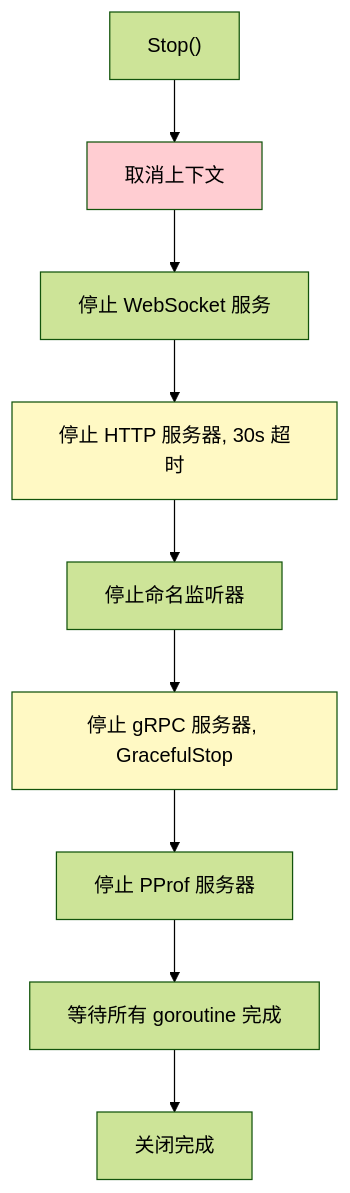
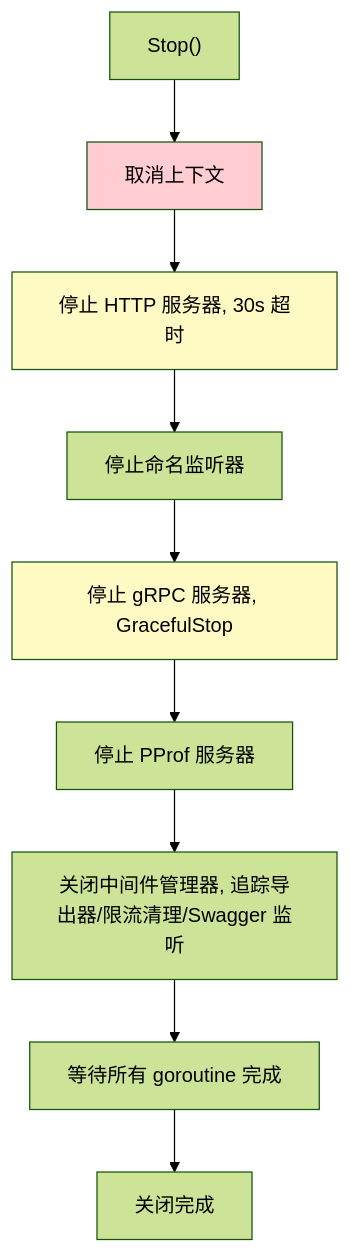
Before and after one commit to kamalyes/go-rpc-gateway: the second of 4 diagrams in docs/SERVER.md, drawn with Mermaid (forest theme). The commit also changed other lines of this file and 17 other files, not shown here.

````diff
--- a/docs/SERVER.md
+++ b/docs/SERVER.md
@@ -351,15 +348,15 @@
 ```mermaid
 flowchart TD
     STOP["Stop()"] --> CANCEL["取消上下文"]
-    CANCEL --> STOP_WS["停止 WebSocket 服务"]
-    STOP_WS --> STOP_HTTP["停止 HTTP 服务器, 30s 超时"]
+    CANCEL --> STOP_HTTP["停止 HTTP 服务器, 30s 超时"]
     STOP_HTTP --> STOP_NL["停止命名监听器"]
     STOP_NL --> STOP_GRPC["停止 gRPC 服务器, GracefulStop"]
     STOP_GRPC --> STOP_PPROF["停止 PProf 服务器"]
-    STOP_PPROF --> WAIT_WG["等待所有 goroutine 完成"]
+    STOP_PPROF --> CLOSE_MW["关闭中间件管理器, 追踪导出器/限流清理/Swagger 监听"]
+    CLOSE_MW --> WAIT_WG["等待所有 goroutine 完成"]
     WAIT_WG --> DONE["关闭完成"]
 
     style CANCEL fill:#ffcdd2
     style STOP_HTTP fill:#fff9c4
     style STOP_GRPC fill:#fff9c4
 ```
````
